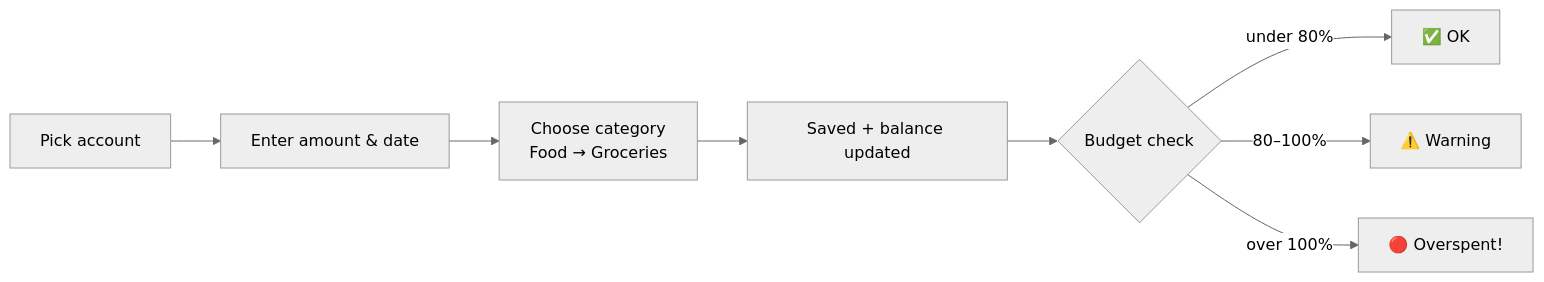
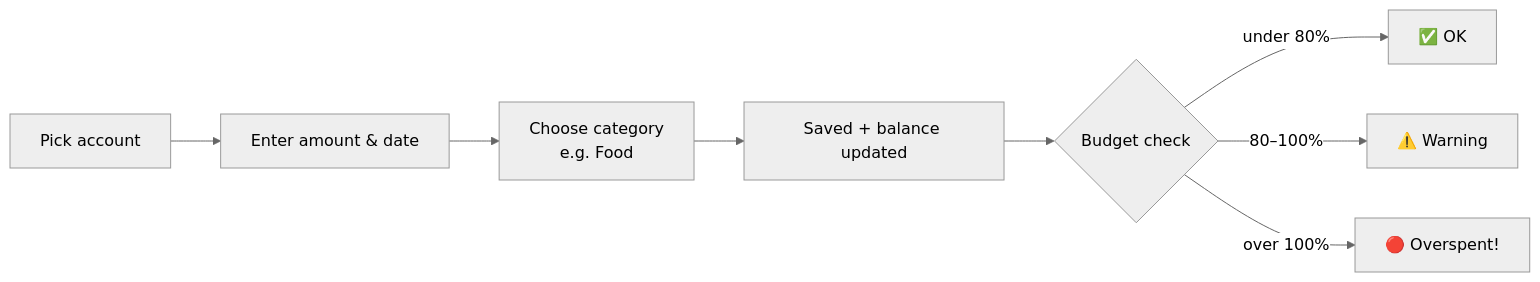
Before and after one commit to syedmoaz14/Personal-Finance-Budget-Manager: the second of 2 diagrams in README.md, drawn with Mermaid (neutral theme). The commit also changed other lines of this file, not shown here.

````diff
--- a/README.md
+++ b/README.md
@@ -70,10 +73,10 @@
 ```mermaid
 flowchart LR
     A[Pick account] --> B[Enter amount & date]
-    B --> C[Choose category<br/>Food → Groceries]
+    B --> C[Choose category<br/>e.g. Food]
     C --> D[Saved + balance updated]
     D --> E{Budget check}
     E -->|under 80%| F[✅ OK]
     E -->|80–100%| G[⚠️ Warning]
     E -->|over 100%| H[🔴 Overspent!]
 ```
````
